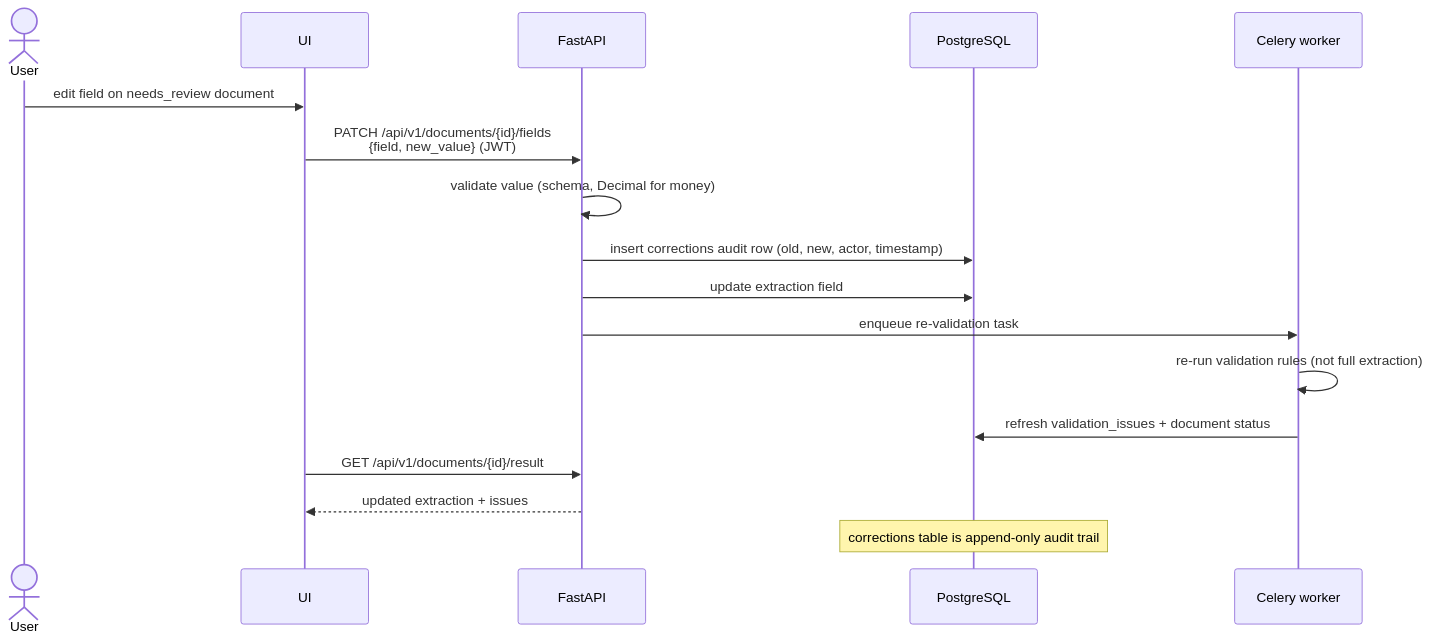
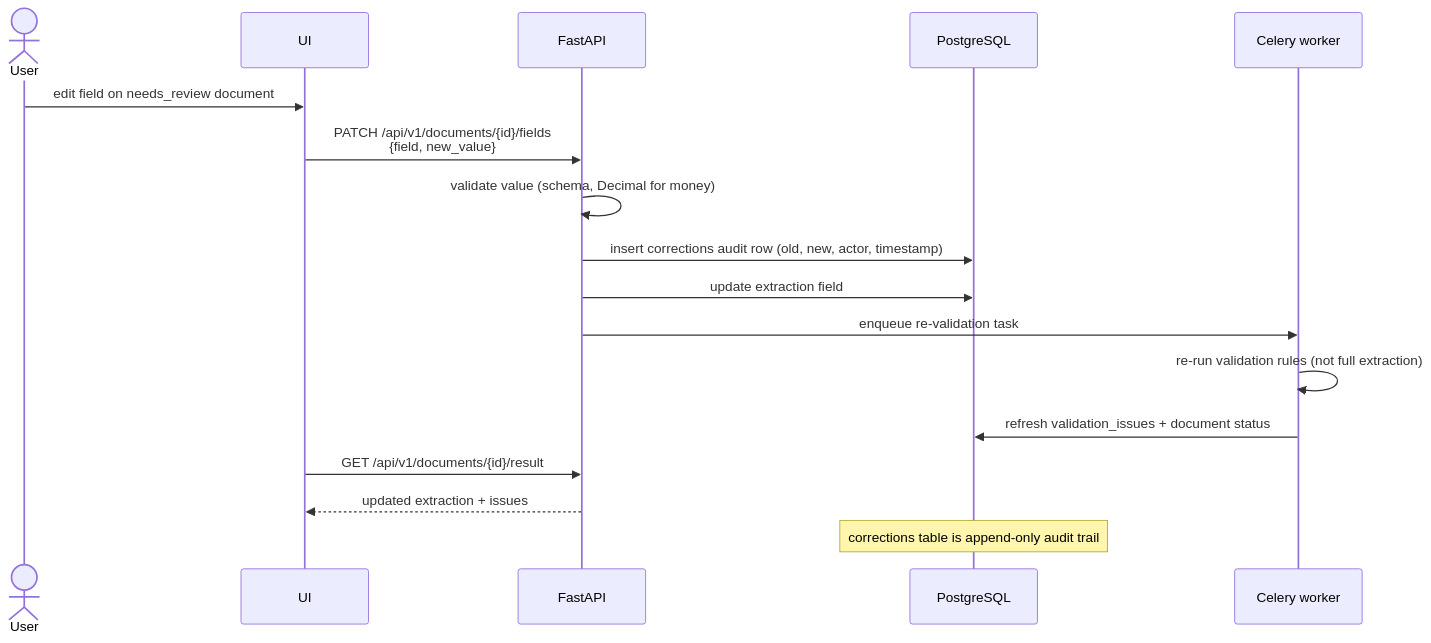
Before and after one commit to aieng-abdullah/care_sraie_assignment-: diagram 12 of 18 in docs/architecture.md, drawn with Mermaid. The commit also changed other lines of this file and 10 other files, not shown here.

````diff
--- a/docs/architecture.md
+++ b/docs/architecture.md
@@ -309,20 +307,20 @@
 ```mermaid
 sequenceDiagram
     actor U as User
     participant FE as UI
     participant API as FastAPI
     participant DB as PostgreSQL
     participant W as Celery worker
 
     U->>FE: edit field on needs_review document
-    FE->>API: PATCH /api/v1/documents/{id}/fields<br/>{field, new_value} (JWT)
+    FE->>API: PATCH /api/v1/documents/{id}/fields<br/>{field, new_value}
     API->>API: validate value (schema, Decimal for money)
     API->>DB: insert corrections audit row (old, new, actor, timestamp)
     API->>DB: update extraction field
     API->>W: enqueue re-validation task
     W->>W: re-run validation rules (not full extraction)
     W->>DB: refresh validation_issues + document status
     FE->>API: GET /api/v1/documents/{id}/result
     API-->>FE: updated extraction + issues
     Note over DB: corrections table is append-only audit trail
 ```
````
